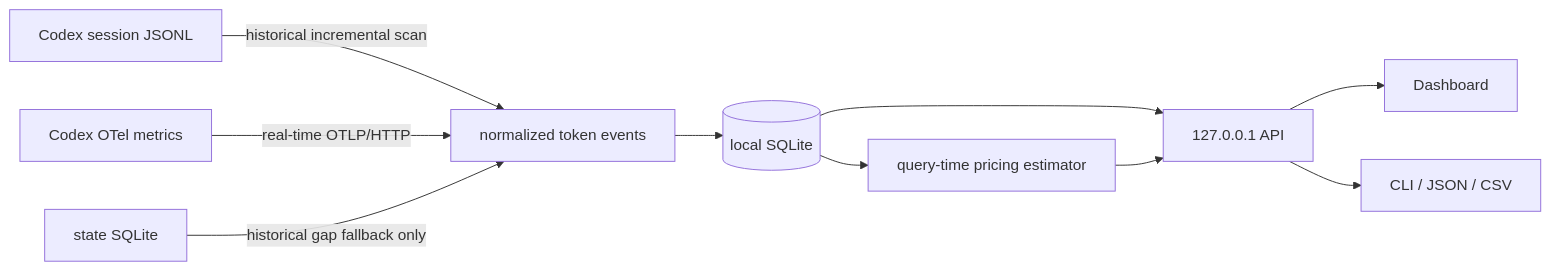
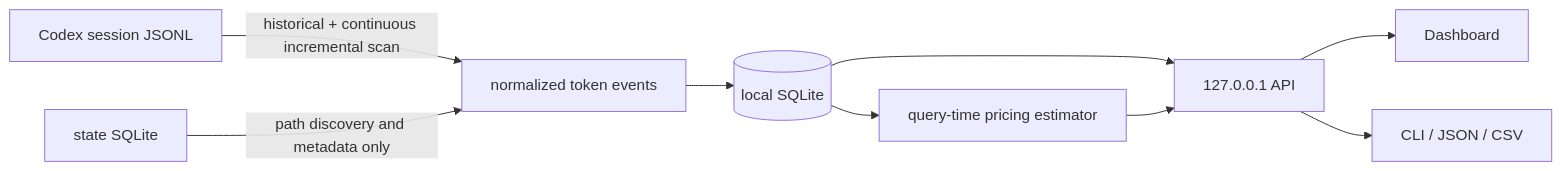
One commit to edisoncccc/codex-usage changed the diagram in README.en.md. Above: the diagram before and after it, drawn with Mermaid. The commit also changed other lines of this file and 34 other files, not shown here.

First line of the commit message:
Release v2.0.0 with JSONL-only accounting (#5)

````diff
--- a/README.en.md
+++ b/README.en.md
@@ -88,12 +104,11 @@
 ```mermaid
 flowchart LR
-    A[Codex session JSONL] -->|historical incremental scan| C[normalized token events]
-    B[Codex OTel metrics] -->|real-time OTLP/HTTP| C
-    S[state SQLite] -->|historical gap fallback only| C
+    A[Codex session JSONL] -->|historical + continuous incremental scan| C[normalized token events]
+    S[state SQLite] -->|path discovery and metadata only| C
     C --> D[(local SQLite)]
     D --> P[query-time pricing estimator]
     D --> E[127.0.0.1 API]
     P --> E
     E --> F[Dashboard]
     E --> G[CLI / JSON / CSV]
 ```
````
